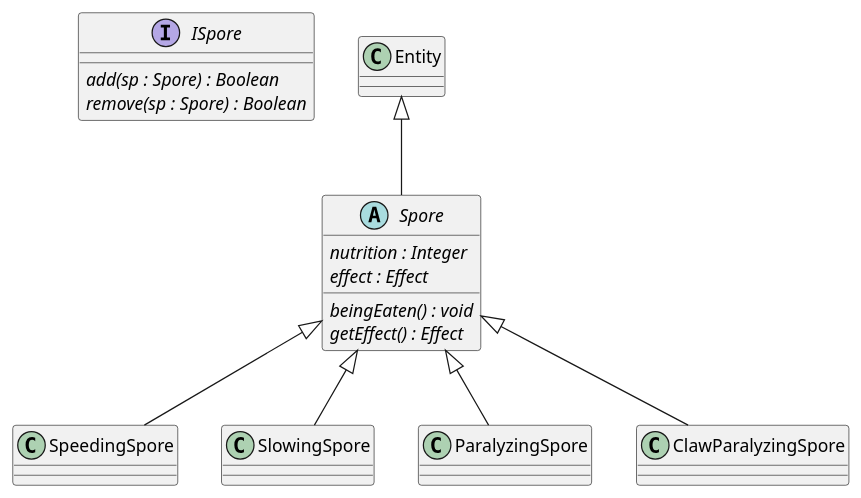
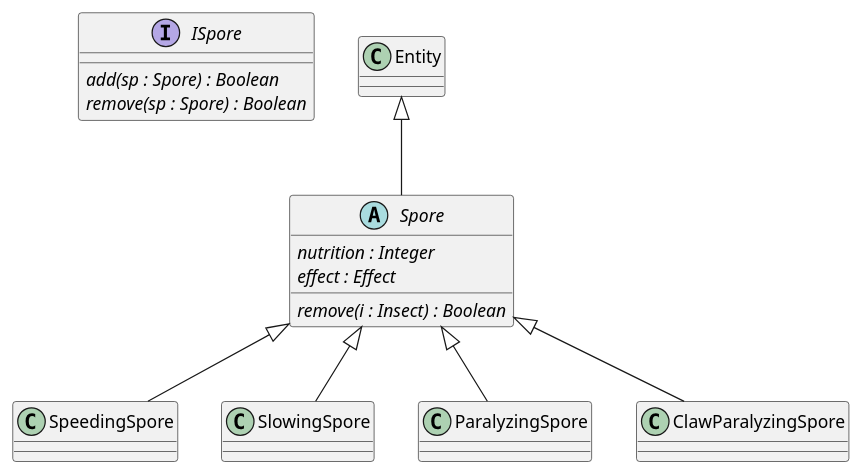
The diagram in 5/classes/mushroom/spore.puml (Petya-G/fungorium), drawn with PlantUML before and after one commit. The commit also changed 12 other files, not shown here.

Commit message:
spores, endturns, class diagram fix

```diff
--- a/5/classes/mushroom/spore.puml
+++ b/5/classes/mushroom/spore.puml
@@ -1,20 +1,19 @@
 @startuml spore
 
 interface ISpore {
     {abstract} add(sp : Spore) : Boolean
     {abstract} remove(sp : Spore) : Boolean
 }
 
 abstract class Spore extends Entity{
     {abstract} nutrition : Integer
     {abstract} effect : Effect
-    {abstract} beingEaten() : void
-    {abstract} getEffect() : Effect
+    {abstract} remove(i : Insect) : Boolean
 }
 
 class SpeedingSpore extends Spore {}
 class SlowingSpore extends Spore {}
 class ParalyzingSpore extends Spore {}
 class ClawParalyzingSpore extends Spore {}
 
 @enduml
```
